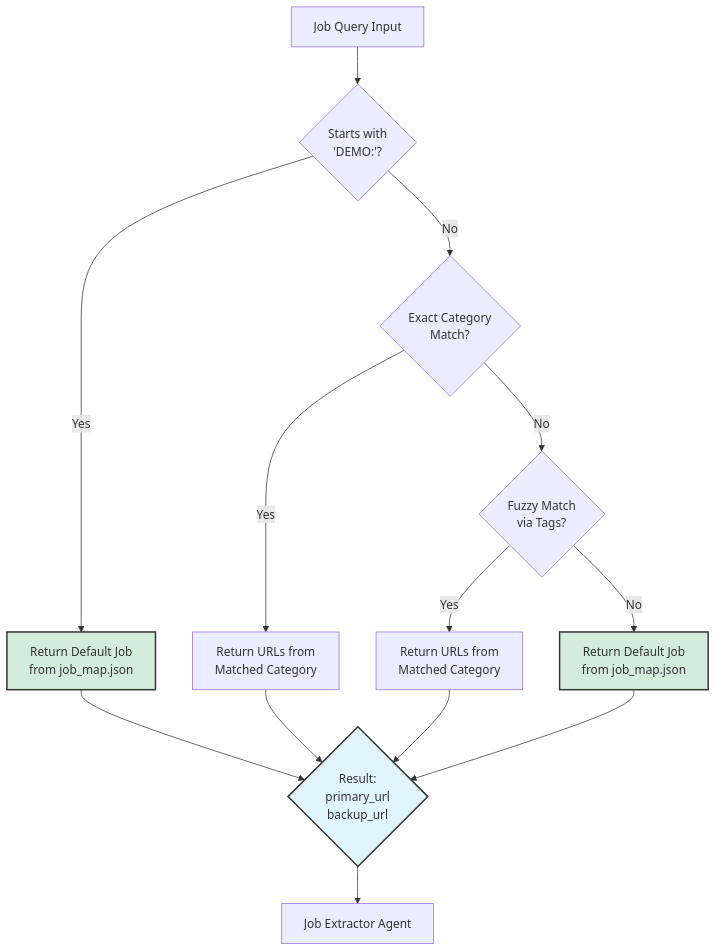
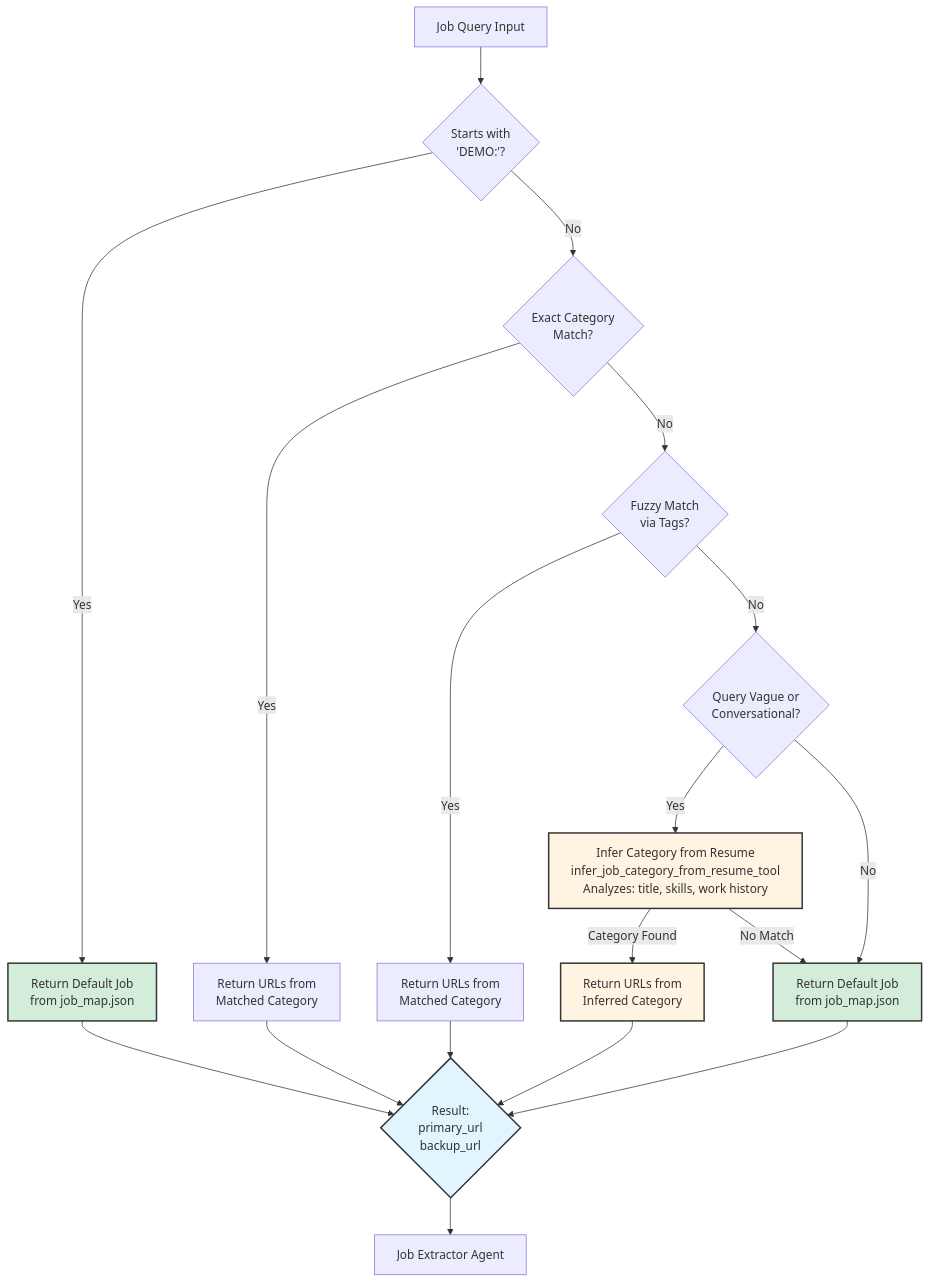
The seventh of 8 diagrams in ARCHITECTURE_DIAGRAM.md (ShashankBejjanki1241/SJAS), drawn with Mermaid before and after one commit. The commit also changed other lines of this file and 1 other file, not shown here.

Commit message:
Ultimate README and Architecture Diagram updates
- Enhanced README.md to 908 lines with comprehensive documentation
  * Added professional header with badges and navigation
  * Added detailed table of contents
  * Enhanced architecture section with ASCII diagrams
  * Added troubleshooting guide and FAQ section
  * Added performance metrics and use cases
  * Improved formatting and structure throughout

- Updated ARCHITECTURE_DIAGRAM.md
  * Added infer_job_category_from_resume_tool to Agent 2 diagram
  * Enhanced Job Selection Logic Flow with resume inference
  * Added notes about smart resume inference and progress feedback

Both files now provide ultimate documentation quality for competition submission.

````diff
--- a/ARCHITECTURE_DIAGRAM.md
+++ b/ARCHITECTURE_DIAGRAM.md
@@ -292,26 +294,35 @@
 ```mermaid
 graph TD
     Query[Job Query Input] --> CheckDemo{Starts with<br/>'DEMO:'?}
     
     CheckDemo -->|Yes| Default[Return Default Job<br/>from job_map.json]
     CheckDemo -->|No| ExactMatch{Exact Category<br/>Match?}
     
     ExactMatch -->|Yes| ExactURL[Return URLs from<br/>Matched Category]
     ExactMatch -->|No| FuzzyMatch{Fuzzy Match<br/>via Tags?}
     
     FuzzyMatch -->|Yes| FuzzyURL[Return URLs from<br/>Matched Category]
-    FuzzyMatch -->|No| Fallback[Return Default Job<br/>from job_map.json]
+    FuzzyMatch -->|No| CheckVague{Query Vague or<br/>Conversational?}
+    
+    CheckVague -->|Yes| Infer[Infer Category from Resume<br/>infer_job_category_from_resume_tool<br/>Analyzes: title, skills, work history]
+    CheckVague -->|No| Fallback[Return Default Job<br/>from job_map.json]
+    
+    Infer -->|Category Found| InferURL[Return URLs from<br/>Inferred Category]
+    Infer -->|No Match| Fallback
     
     Default --> Result{Result:<br/>primary_url<br/>backup_url}
     ExactURL --> Result
     FuzzyURL --> Result
+    InferURL --> Result
     Fallback --> Result
     
     Result --> Extractor[Job Extractor Agent]
     
     classDef defaultStyle fill:#d4edda,stroke:#333,stroke-width:2px
     classDef resultStyle fill:#e1f5ff,stroke:#333,stroke-width:2px
+    classDef inferStyle fill:#fff4e1,stroke:#333,stroke-width:2px
     
     class Default,Fallback defaultStyle
     class Result resultStyle
+    class Infer,InferURL inferStyle
 ```
````
